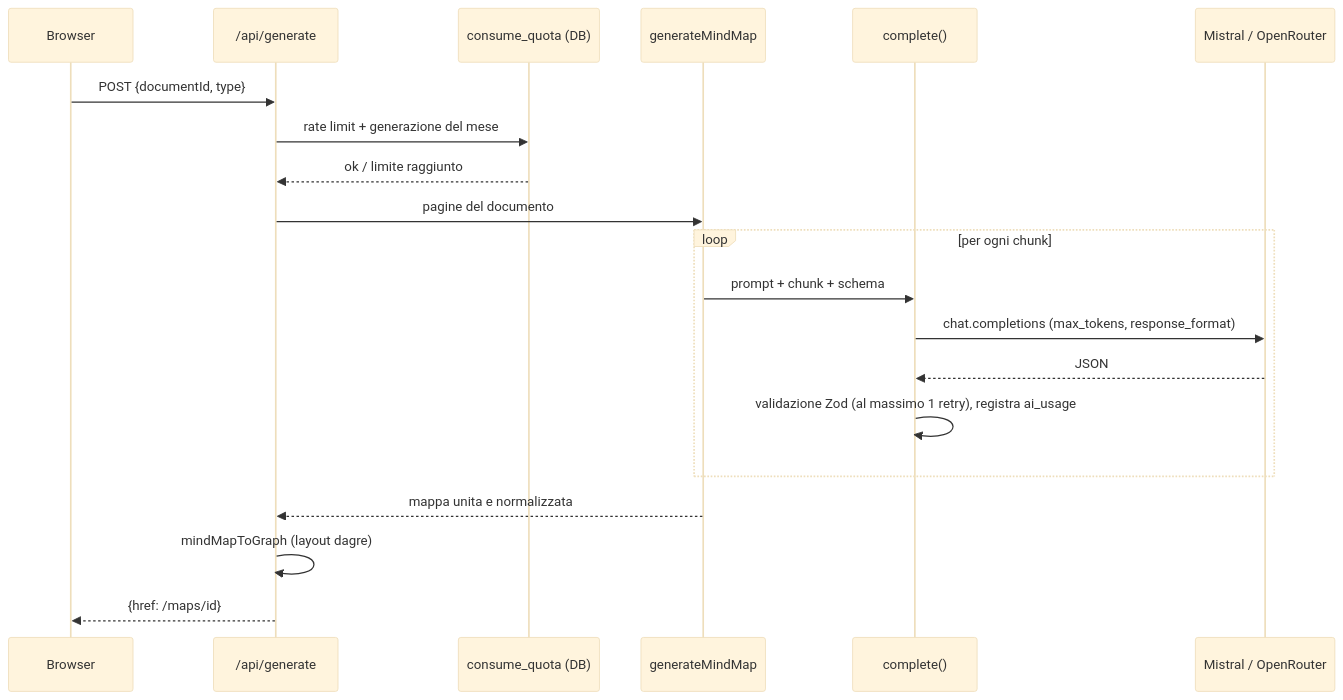
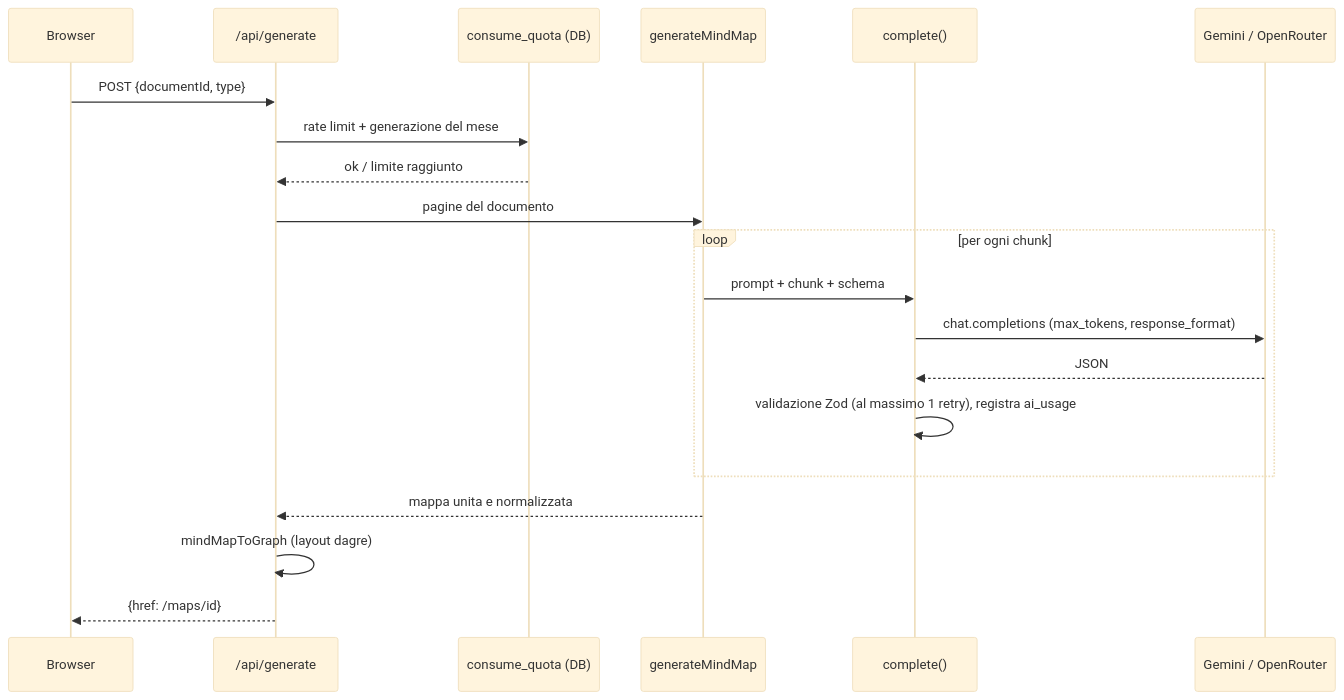
Before and after one commit to DesireeReale/StudyMap: the second of 2 diagrams in MANUALE.md, drawn with Mermaid (base theme). The commit also changed other lines of this file and 7 other files, not shown here.

````diff
--- a/MANUALE.md
+++ b/MANUALE.md
@@ -152,22 +152,22 @@
 ```mermaid
 sequenceDiagram
   participant U as Browser
   participant API as /api/generate
   participant Q as consume_quota (DB)
   participant T as generateMindMap
   participant C as complete()
-  participant LLM as Mistral / OpenRouter
+  participant LLM as Gemini / OpenRouter
   U->>API: POST {documentId, type}
   API->>Q: rate limit + generazione del mese
   Q-->>API: ok / limite raggiunto
   API->>T: pagine del documento
   loop per ogni chunk
     T->>C: prompt + chunk + schema
     C->>LLM: chat.completions (max_tokens, response_format)
     LLM-->>C: JSON
     C->>C: validazione Zod (al massimo 1 retry), registra ai_usage
   end
   T-->>API: mappa unita e normalizzata
   API->>API: mindMapToGraph (layout dagre)
   API-->>U: {href: /maps/id}
 ```
````
